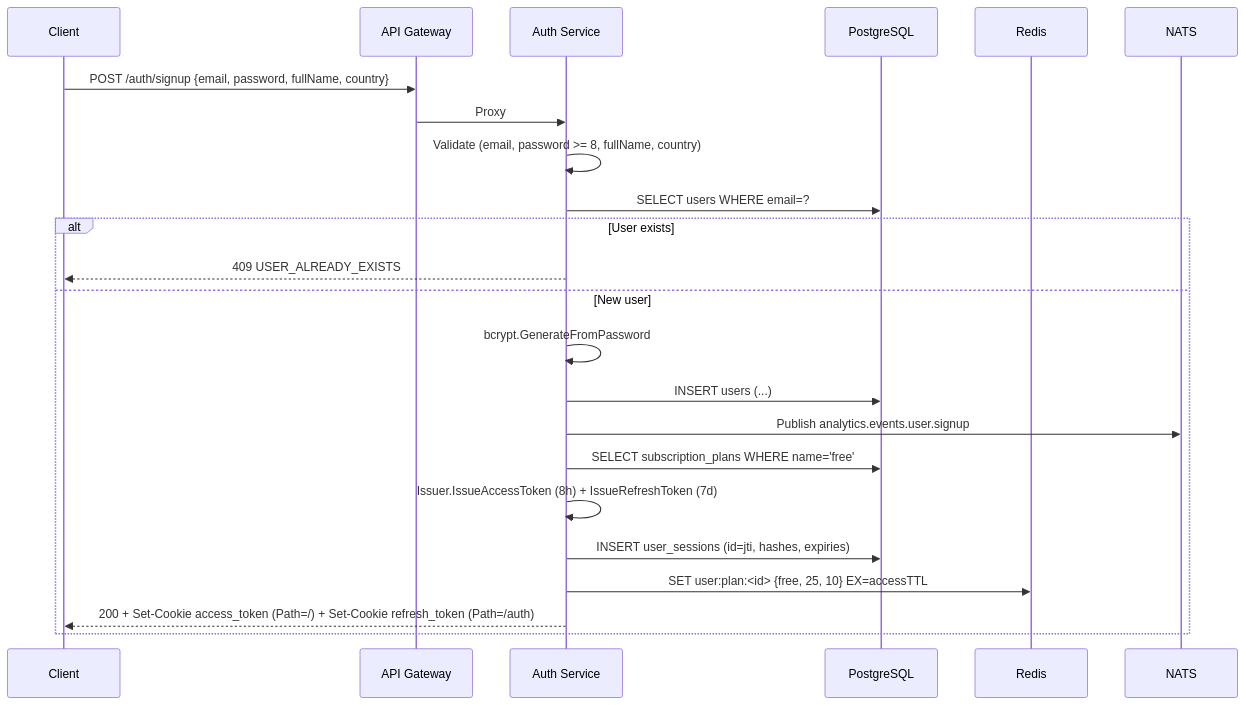
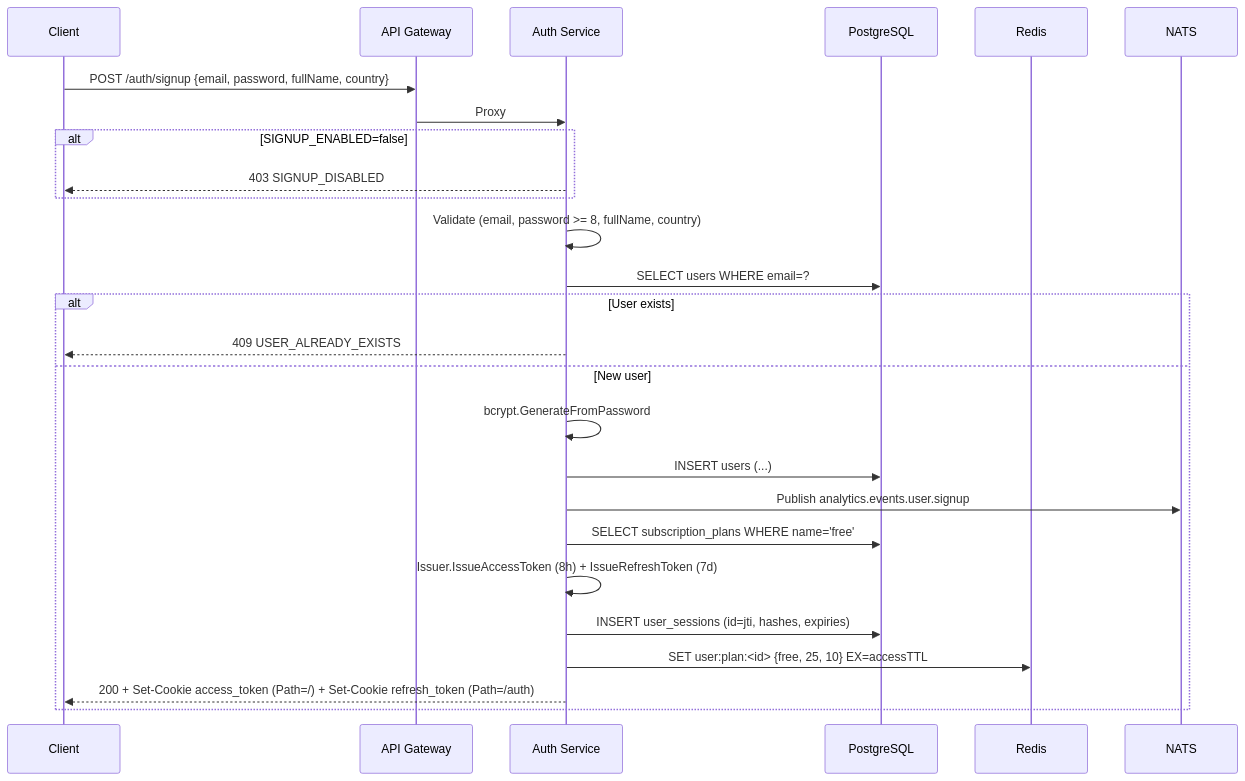
Before and after one commit to code-farms/fyredocs_backend: the first of 9 diagrams in docs/developer/services/auth-service.md, drawn with Mermaid. The commit also changed other lines of this file and 7 other files, not shown here.

Commit message:
feat: implement signup toggle with SIGNUP_ENABLED configuration and related tests

````diff
--- a/docs/developer/services/auth-service.md
+++ b/docs/developer/services/auth-service.md
@@ -257,26 +257,29 @@
 ```mermaid
 sequenceDiagram
     participant C as Client
     participant GW as API Gateway
     participant AS as Auth Service
     participant DB as PostgreSQL
     participant R as Redis
     participant NATS as NATS
 
     C->>GW: POST /auth/signup {email, password, fullName, country}
     GW->>AS: Proxy
+    alt SIGNUP_ENABLED=false
+        AS-->>C: 403 SIGNUP_DISABLED
+    end
     AS->>AS: Validate (email, password >= 8, fullName, country)
     AS->>DB: SELECT users WHERE email=?
     alt User exists
         AS-->>C: 409 USER_ALREADY_EXISTS
     else New user
         AS->>AS: bcrypt.GenerateFromPassword
         AS->>DB: INSERT users (...)
         AS->>NATS: Publish analytics.events.user.signup
         AS->>DB: SELECT subscription_plans WHERE name='free'
         AS->>AS: Issuer.IssueAccessToken (8h) + IssueRefreshToken (7d)
         AS->>DB: INSERT user_sessions (id=jti, hashes, expiries)
         AS->>R: SET user:plan:<id> {free, 25, 10} EX=accessTTL
         AS-->>C: 200 + Set-Cookie access_token (Path=/) + Set-Cookie refresh_token (Path=/auth)
     end
 ```
````
